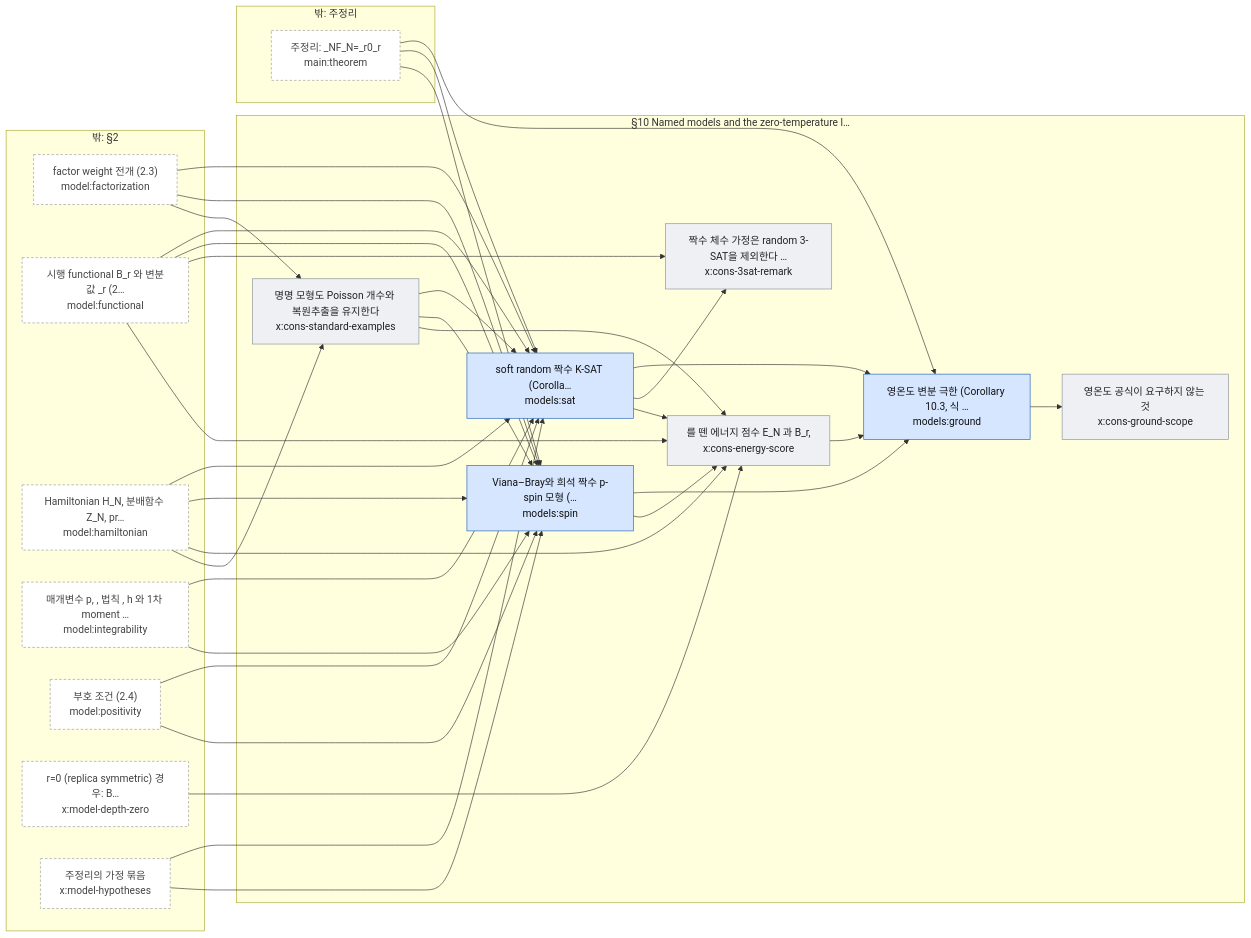
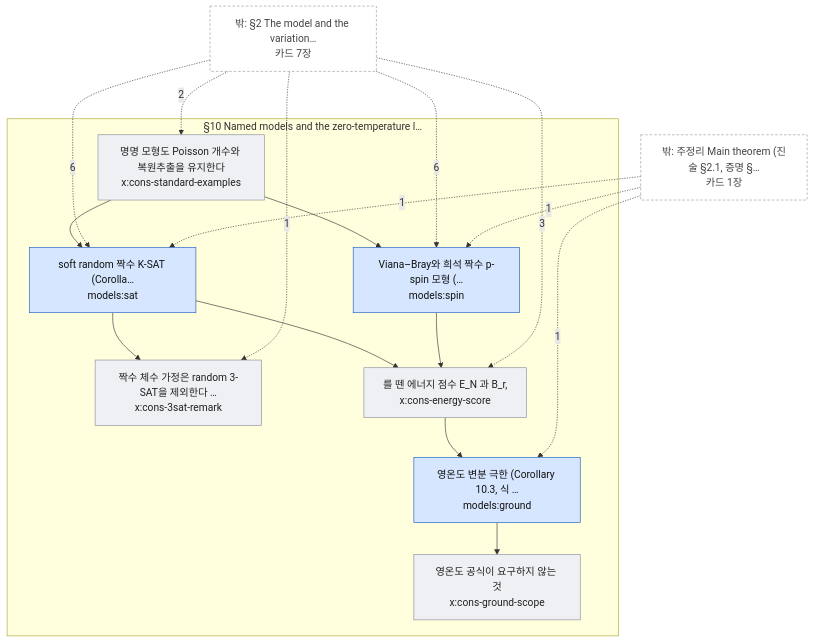
The diagram in redesign/build/artifact/maps/sec-consequences.mmd (EuijinJeon/math2phys-site), drawn with Mermaid before and after one commit. The commit also changed 40 other files, not shown here.

```diff
--- a/redesign/build/artifact/maps/sec-consequences.mmd
+++ b/redesign/build/artifact/maps/sec-consequences.mmd
@@ -1,74 +1,42 @@
-flowchart LR
+flowchart TB
   subgraph IN["§10 Named models and the zero-temperature l…"]
     a0["영온도 변분 극한 (Corollary 10.3, 식 …<br/>models:ground"]
     a1["soft random 짝수 K-SAT (Corolla…<br/>models:sat"]
     a2["Viana–Bray와 희석 짝수 p-spin 모형 (…<br/>models:spin"]
     a3["짝수 체수 가정은 random 3-SAT을 제외한다 …<br/>x:cons-3sat-remark"]
     a4["를 뗀 에너지 점수 E_N 과 B_r,<br/>x:cons-energy-score"]
     a5["영온도 공식이 요구하지 않는 것<br/>x:cons-ground-scope"]
     a6["명명 모형도 Poisson 개수와 복원추출을 유지한다<br/>x:cons-standard-examples"]
   end
-  subgraph X0["밖: 주정리"]
-    e0["주정리: _NF_N=_r0_r<br/>main:theorem"]
-  end
-  subgraph X1["밖: §2"]
-    e1["factor weight 전개 (2.3)<br/>model:factorization"]
-    e2["시행 functional B_r 와 변분값 _r (2…<br/>model:functional"]
-    e3["Hamiltonian H_N, 분배함수 Z_N, pr…<br/>model:hamiltonian"]
-    e4["매개변수 p, , 법칙 , h 와 1차 moment …<br/>model:integrability"]
-    e5["부호 조건 (2.4)<br/>model:positivity"]
-    e6["r=0 (replica symmetric) 경우: B…<br/>x:model-depth-zero"]
-    e7["주정리의 가정 묶음<br/>x:model-hypotheses"]
-  end
+  X0["밖: §2 The model and the variation…<br/>카드 7장"]
+  X1["밖: 주정리 Main theorem (진술 §2.1, 증명 §…<br/>카드 1장"]
   a0 --> a5
-  a1 --> a0
   a1 --> a3
   a1 --> a4
-  a2 --> a0
   a2 --> a4
   a4 --> a0
   a6 --> a1
   a6 --> a2
-  a6 --> a4
-  e0 --> a0
-  e0 --> a1
-  e0 --> a2
-  e1 --> a1
-  e1 --> a2
-  e1 --> a6
-  e2 --> a1
-  e2 --> a2
-  e2 --> a3
-  e2 --> a4
-  e3 --> a1
-  e3 --> a2
-  e3 --> a4
-  e3 --> a6
-  e4 --> a1
-  e4 --> a2
-  e5 --> a1
-  e5 --> a2
-  e6 --> a4
-  e7 --> a1
-  e7 --> a2
+  X1 -.->|1| a0
+  X0 -.->|6| a1
+  X1 -.->|1| a1
+  X0 -.->|6| a2
+  X1 -.->|1| a2
+  X0 -.->|1| a3
+  X0 -.->|3| a4
+  X0 -.->|2| a6
   classDef thm fill:#d6e6ff,stroke:#1f5fbf,color:#111;
   classDef oth fill:#eef0f3,stroke:#8a8f98,color:#222;
   classDef ext fill:#fff,stroke:#999,stroke-dasharray:4 3,color:#444;
   class a0,a1,a2 thm;
   class a3,a4,a5,a6 oth;
-  class e0,e1,e2,e3,e4,e5,e6,e7 ext;
+  class X0,X1 ext;
   click a0 "cards/models.ground.html"
   click a1 "cards/models.sat.html"
   click a2 "cards/models.spin.html"
   click a3 "cards/x.cons-3sat-remark.html"
   click a4 "cards/x.cons-energy-score.html"
   click a5 "cards/x.cons-ground-scope.html"
   click a6 "cards/x.cons-standard-examples.html"
-  click e0 "cards/main.theorem.html"
-  click e1 "cards/model.factorization.html"
-  click e2 "cards/model.functional.html"
-  click e3 "cards/model.hamiltonian.html"
-  click e4 "cards/model.integrability.html"
-  click e5 "cards/model.positivity.html"
-  click e6 "cards/x.model-depth-zero.html"
-  click e7 "cards/x.model-hypotheses.html"
+  click X0 "map-model.html"
+  click X1 "map-main.html"
```
